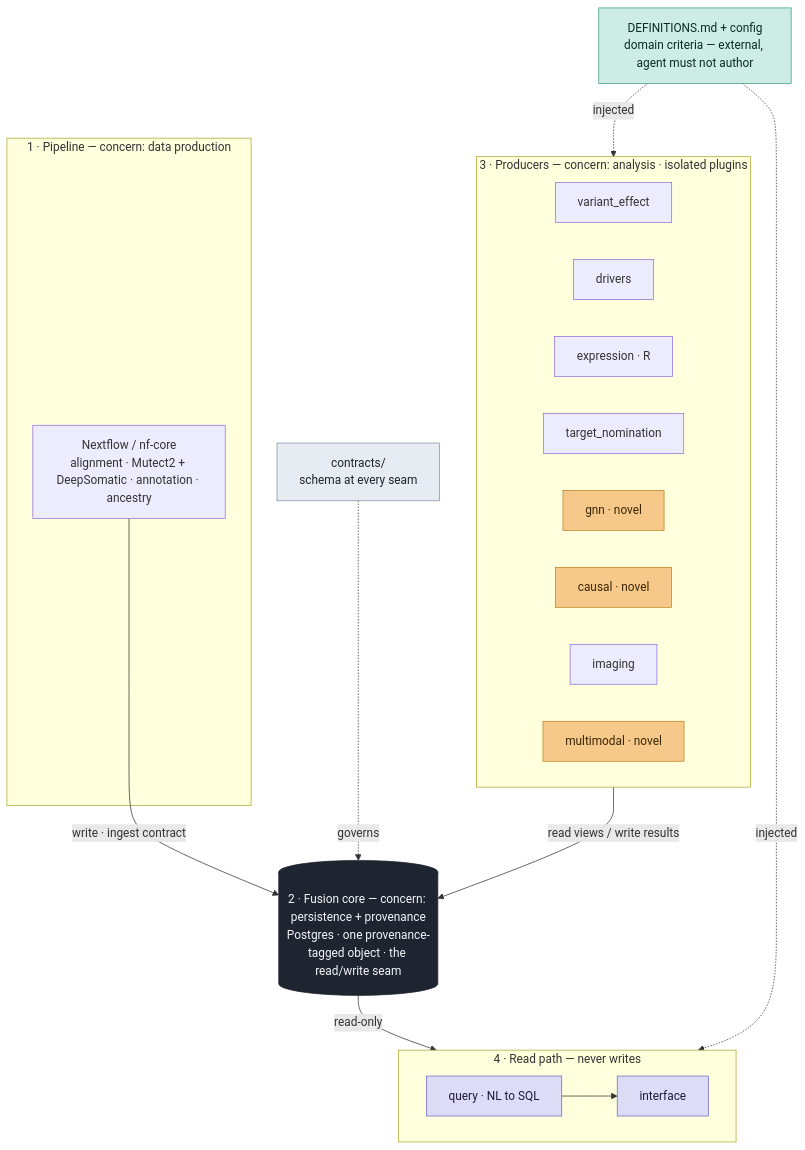
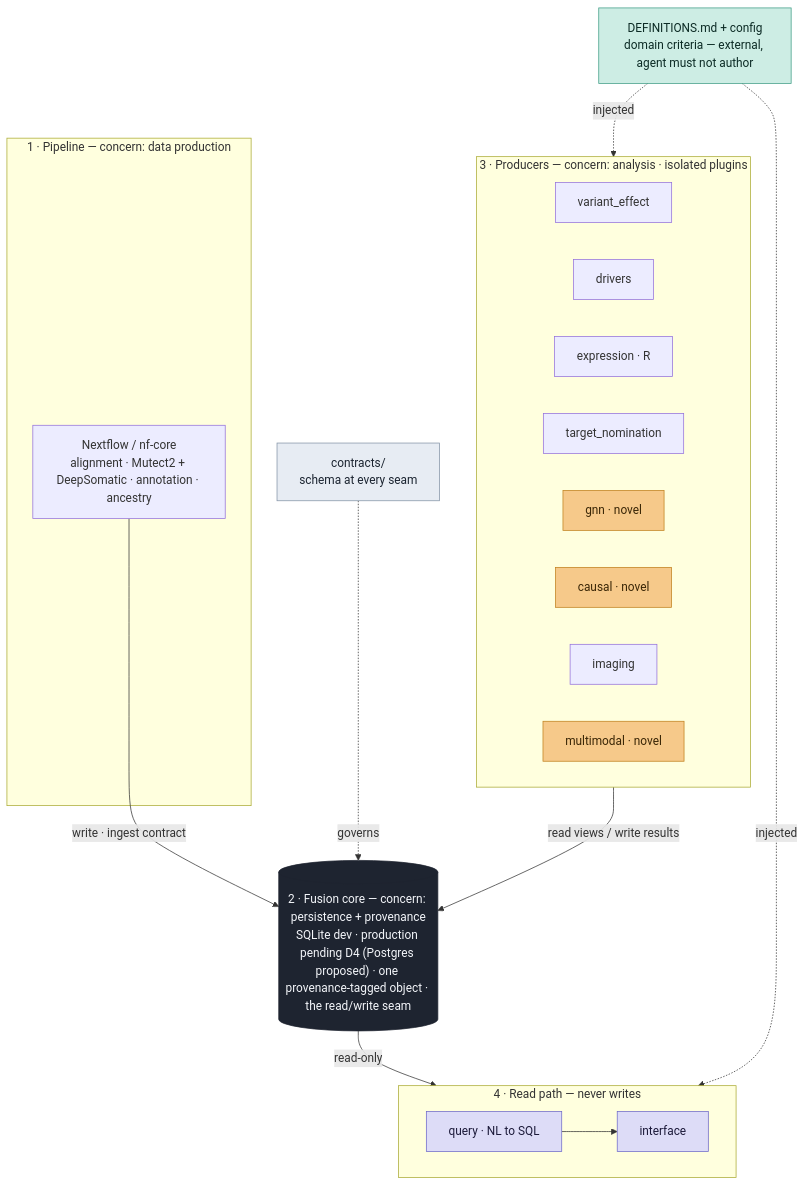
Before and after one commit to WrdCstlg/Georgetown-Cancer-Research: the first of 2 diagrams in ARCHITECTURE.md, drawn with Mermaid. The commit also changed 4 other files, not shown here.

````diff
--- a/ARCHITECTURE.md
+++ b/ARCHITECTURE.md
@@ -19,43 +19,43 @@
 ```mermaid
 flowchart TB
   subgraph PIPE["1 · Pipeline — concern: data production"]
     PP["Nextflow / nf-core<br/>alignment · Mutect2 + DeepSomatic · annotation · ancestry"]
   end
 
   subgraph PRODS["3 · Producers — concern: analysis · isolated plugins"]
     direction LR
     VE["variant_effect"]
     DR["drivers"]
     EX["expression · R"]
     TN["target_nomination"]
     GN["gnn · novel"]:::novel
     CA["causal · novel"]:::novel
     IM["imaging"]
     MM["multimodal · novel"]:::novel
   end
 
-  CORE[("2 · Fusion core — concern: persistence + provenance<br/>Postgres · one provenance-tagged object · the read/write seam")]:::core
+  CORE[("2 · Fusion core — concern: persistence + provenance<br/>SQLite dev · production pending D4 (Postgres proposed) · one provenance-tagged object · the read/write seam")]:::core
 
   subgraph READ["4 · Read path — never writes"]
     direction LR
     QY["query · NL to SQL"]:::read
     UIN["interface"]:::read
   end
 
   DEF["DEFINITIONS.md + config<br/>domain criteria — external, agent must not author"]:::def
   CTR["contracts/<br/>schema at every seam"]:::ctr
 
   PP -->|write · ingest contract| CORE
   PRODS -->|read views / write results| CORE
   CORE -->|read-only| QY
   QY --> UIN
   DEF -.injected.-> PRODS
   DEF -.injected.-> QY
   CTR -.governs.-> CORE
 
   classDef core fill:#1E2430,stroke:#1E2430,color:#F4F6FA;
   classDef novel fill:#F6C98A,stroke:#C0801E,color:#3a2606;
   classDef read fill:#DDDCF7,stroke:#6D68C8,color:#1c1a3a;
   classDef def fill:#CDEDE4,stroke:#3E9C86,color:#0c2b25;
   classDef ctr fill:#E7ECF3,stroke:#8493A6,color:#1b2430;
 ```
````
